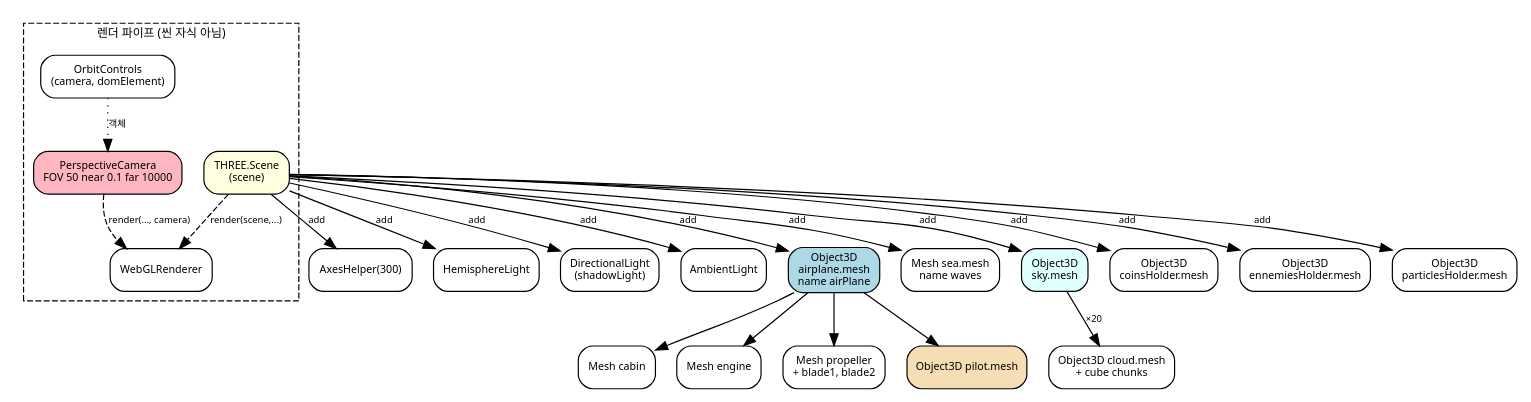
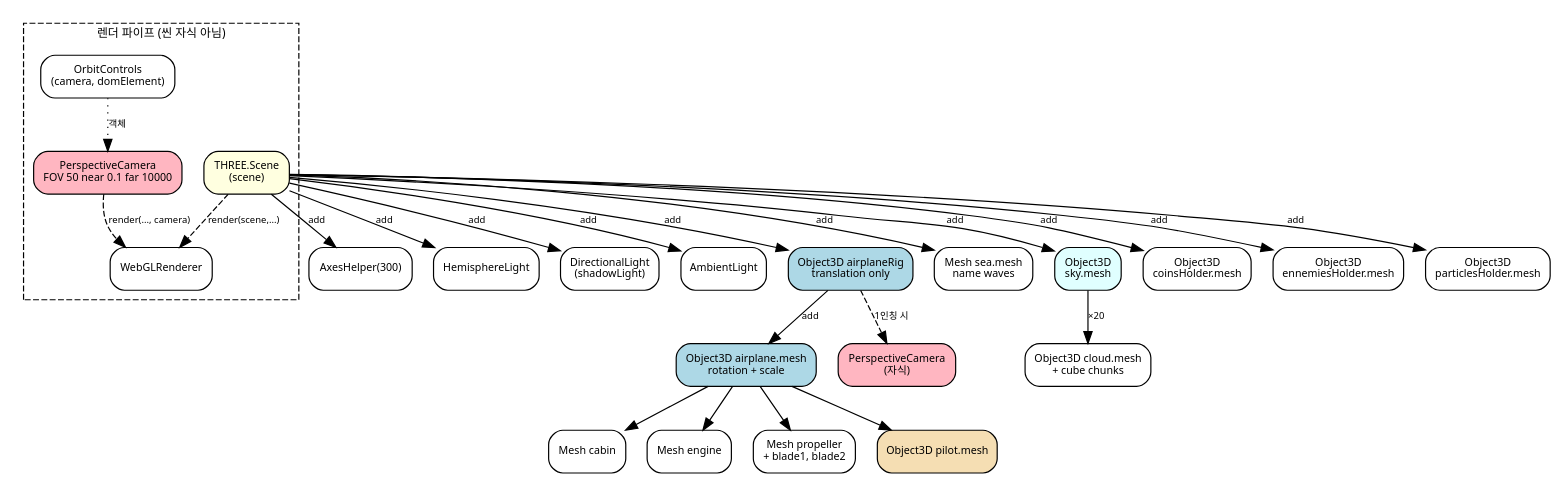
Before and after one commit to imsohy/TheAviator: the diagram in talktocursor/scene-tree.dot, drawn with Graphviz. The commit also changed 5 other files, not shown here.

```diff
--- a/talktocursor/scene-tree.dot
+++ b/talktocursor/scene-tree.dot
@@ -1,69 +1,75 @@
 // Graphviz: 메인 게임 (src/game.js) 씬·카메라 관계 요약
 // 렌더: dot -Tpng scene-tree.dot -o scene-tree.png
 //       dot -Tsvg scene-tree.dot -o scene-tree.svg
 
 digraph SceneTree {
   rankdir=TB;
   graph [fontname="Segoe UI", fontsize=10];
   node [shape=box, style=rounded, fontname="Segoe UI", fontsize=9];
   edge [fontname="Segoe UI", fontsize=8];
 
   // 씬에 직접 붙는 최상위
   Scene [label="THREE.Scene\n(scene)", fillcolor=lightyellow, style="rounded,filled"];
 
   Scene -> Axes [label="add"];
   Axes [label="AxesHelper(300)"];
 
   Scene -> HL [label="add"];
   HL [label="HemisphereLight"];
 
   Scene -> DL [label="add"];
   DL [label="DirectionalLight\n(shadowLight)"];
 
   Scene -> AL [label="add"];
   AL [label="AmbientLight"];
 
-  Scene -> AirRoot [label="add"];
-  AirRoot [label="Object3D\nairplane.mesh\nname airPlane", fillcolor=lightblue, style="rounded,filled"];
+  Scene -> Rig [label="add"];
+  Rig [label="Object3D airplaneRig\ntranslation only", fillcolor=lightblue, style="rounded,filled"];
+
+  Rig -> AirRoot [label="add"];
+  AirRoot [label="Object3D airplane.mesh\nrotation + scale", fillcolor=lightblue, style="rounded,filled"];
 
   Scene -> SeaM [label="add"];
   SeaM [label="Mesh sea.mesh\nname waves"];
 
   Scene -> SkyRoot [label="add"];
   SkyRoot [label="Object3D\nsky.mesh", fillcolor=lightcyan, style="rounded,filled"];
 
   Scene -> CoinsRoot [label="add"];
   CoinsRoot [label="Object3D\ncoinsHolder.mesh"];
 
   Scene -> EnRoot [label="add"];
   EnRoot [label="Object3D\nennemiesHolder.mesh"];
 
   Scene -> PartRoot [label="add"];
   PartRoot [label="Object3D\nparticlesHolder.mesh"];
+
+  Rig -> CamFP [label="1인칭 시", style=dashed];
+  CamFP [label="PerspectiveCamera\n(자식)", fillcolor=lightpink, style="rounded,filled"];
 
   // 비행기 하위 (요약)
   AirRoot -> Cabin [label=""];
   Cabin [label="Mesh cabin"];
   AirRoot -> Engine [label=""];
   Engine [label="Mesh engine"];
   AirRoot -> Prop [label=""];
   Prop [label="Mesh propeller\n+ blade1, blade2"];
   AirRoot -> PilotRoot [label=""];
   PilotRoot [label="Object3D pilot.mesh", fillcolor=wheat, style="rounded,filled"];
 
   // 하늘·구름
   SkyRoot -> Cloud1 [label="×20"];
   Cloud1 [label="Object3D cloud.mesh\n+ cube chunks"];
 
   // 씬 밖
   subgraph cluster_render {
     label="렌더 파이프 (씬 자식 아님)";
     style=dashed;
     Cam [label="PerspectiveCamera\nFOV 50 near 0.1 far 10000", fillcolor=lightpink, style="rounded,filled"];
     Ren [label="WebGLRenderer"];
     Orb [label="OrbitControls\n(camera, domElement)"];
     Cam -> Ren [label="render(..., camera)", style=dashed];
     Scene -> Ren [label="render(scene,...)", style=dashed];
     Orb -> Cam [label="객체", style=dotted];
   }
 }
```
